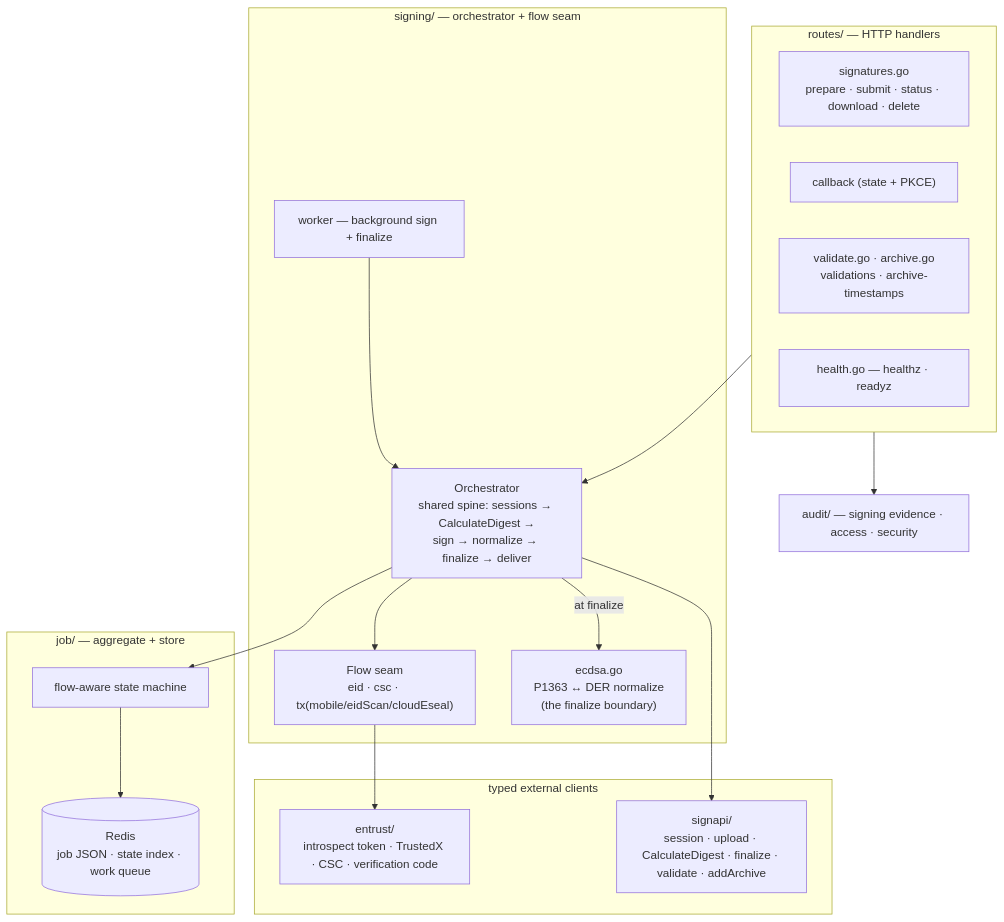
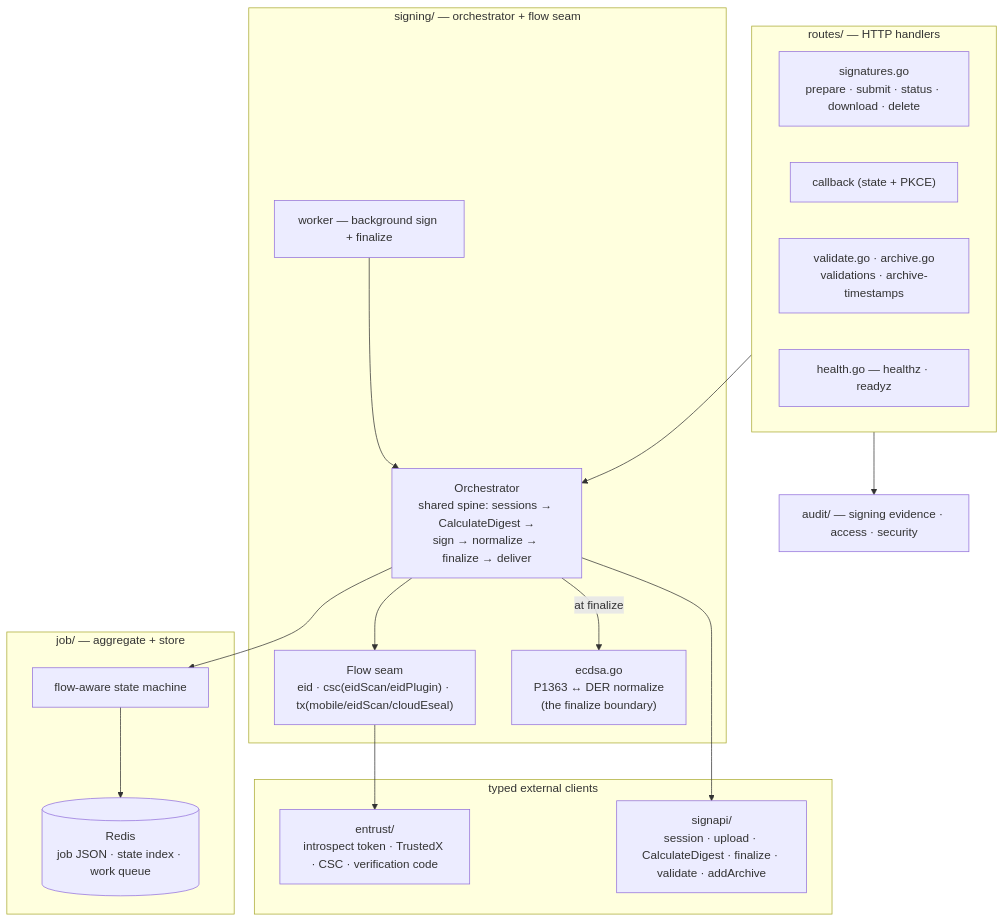
One commit to signbyte/eparaksts-signer changed the third of 4 diagrams in README.md. Above: the diagram before and after it, drawn with Mermaid. The commit also changed other lines of this file and 17 other files, not shown here.

Commit message:
Split the CSC signing flow in two, by how the eID card is read

````diff
--- a/README.md
+++ b/README.md
@@ -120,37 +121,37 @@
 ```mermaid
 flowchart TB
     subgraph Routes["routes/ — HTTP handlers"]
         SIG["signatures.go<br/>prepare · submit · status · download · delete"]
         CB["callback (state + PKCE)"]
         VAL["validate.go · archive.go<br/>validations · archive-timestamps"]
         HZ["health.go — healthz · readyz"]
     end
 
     subgraph Signing["signing/ — orchestrator + flow seam"]
         ORCH["Orchestrator<br/>shared spine: sessions → CalculateDigest →<br/>sign → normalize → finalize → deliver"]
-        FLOWS["Flow seam<br/>eid · csc · tx(mobile/eidScan/cloudEseal)"]
+        FLOWS["Flow seam<br/>eid · csc(eidScan/eidPlugin) · tx(mobile/eidScan/cloudEseal)"]
         ECDSA["ecdsa.go<br/>P1363 ↔ DER normalize<br/>(the finalize boundary)"]
         WORK["worker — background sign + finalize"]
     end
 
     subgraph Job["job/ — aggregate + store"]
         AGG["flow-aware state machine"]
         STORE[(Redis<br/>job JSON · state index · work queue)]
     end
 
     subgraph Upstream["typed external clients"]
         ENT["entrust/<br/>introspect token · TrustedX · CSC · verification code"]
         SA["signapi/<br/>session · upload · CalculateDigest · finalize · validate · addArchive"]
     end
 
     AUD["audit/ — signing evidence · access · security"]
 
     Routes --> ORCH
     ORCH --> FLOWS
     FLOWS --> ENT
     ORCH --> SA
     ORCH -- "at finalize" --> ECDSA
     WORK --> ORCH
     ORCH --> AGG --> STORE
     Routes --> AUD
 ```
````
